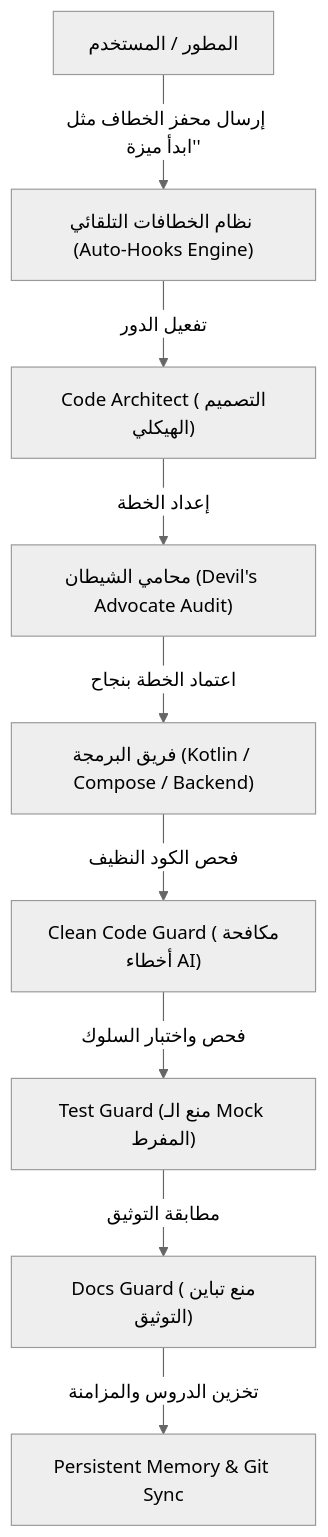
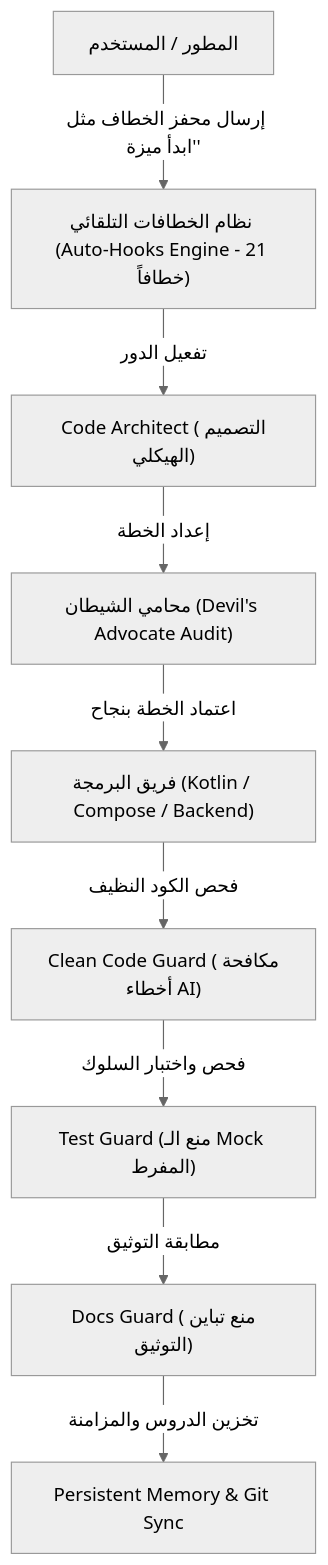
One commit to ibrahimalkateb965-tech/Claude-Antigravity-Workspace changed the diagram in README.md. Above: the diagram before and after it, drawn with Mermaid (neutral theme). The commit also changed other lines of this file and 12 other files, not shown here.

First line of the commit message:
feat(hooks): integrate hook 3 smart project agent tailor, prune engine, and 21-hooks parity

````diff
--- a/README.md
+++ b/README.md
@@ -22,11 +22,11 @@
 ```mermaid
 flowchart TD
-    User["المطور / المستخدم"] -->|إرسال محفز الخطاف مثل 'ابدأ ميزة'| HookSystem["نظام الخطافات التلقائي (Auto-Hooks Engine)"]
+    User["المطور / المستخدم"] -->|إرسال محفز الخطاف مثل 'ابدأ ميزة'| HookSystem["نظام الخطافات التلقائي (Auto-Hooks Engine - 21 خطافاً)"]
     HookSystem -->|تفعيل الدور| Architect["Code Architect (التصميم الهيكلي)"]
     Architect -->|إعداد الخطة| Devil["محامي الشيطان (Devil's Advocate Audit)"]
     Devil -->|اعتماد الخطة بنجاح| Coders["فريق البرمجة (Kotlin / Compose / Backend)"]
     Coders -->|فحص الكود النظيف| CleanGuard["Clean Code Guard (مكافحة أخطاء AI)"]
     CleanGuard -->|فحص واختبار السلوك| TestGuard["Test Guard (منع الـ Mock المفرط)"]
     TestGuard -->|مطابقة التوثيق| DocsGuard["Docs Guard (منع تباين التوثيق)"]
     DocsGuard -->|تخزين الدروس والمزامنة| Memory["Persistent Memory & Git Sync"]
 ```
````
